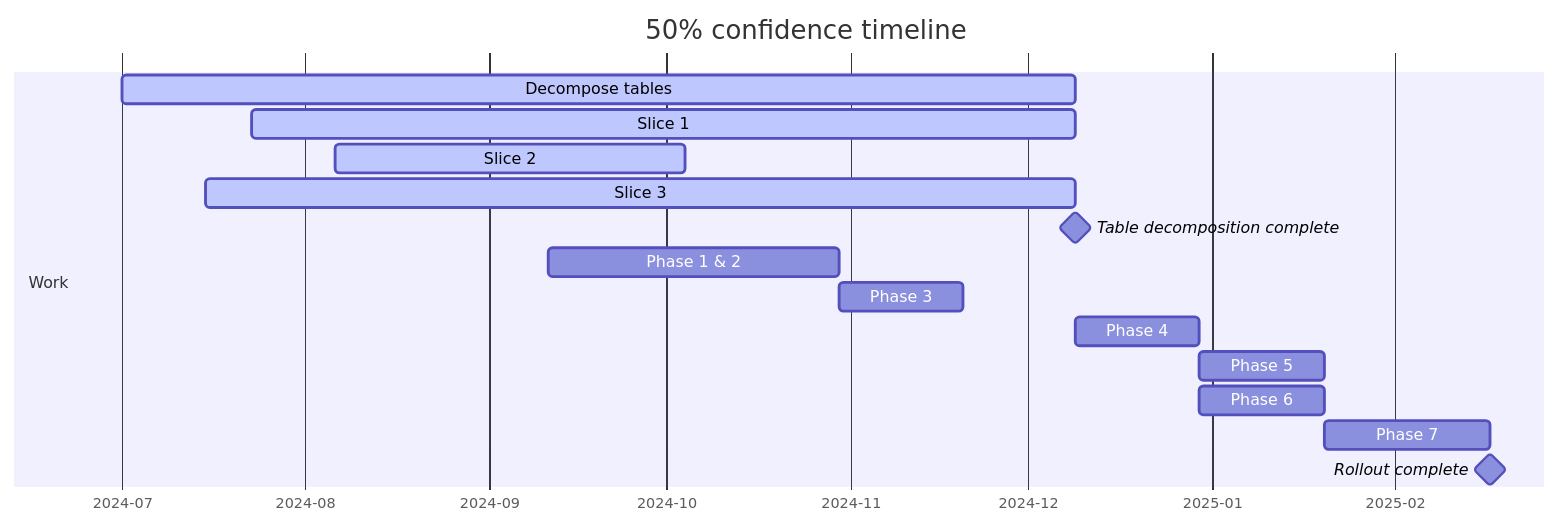
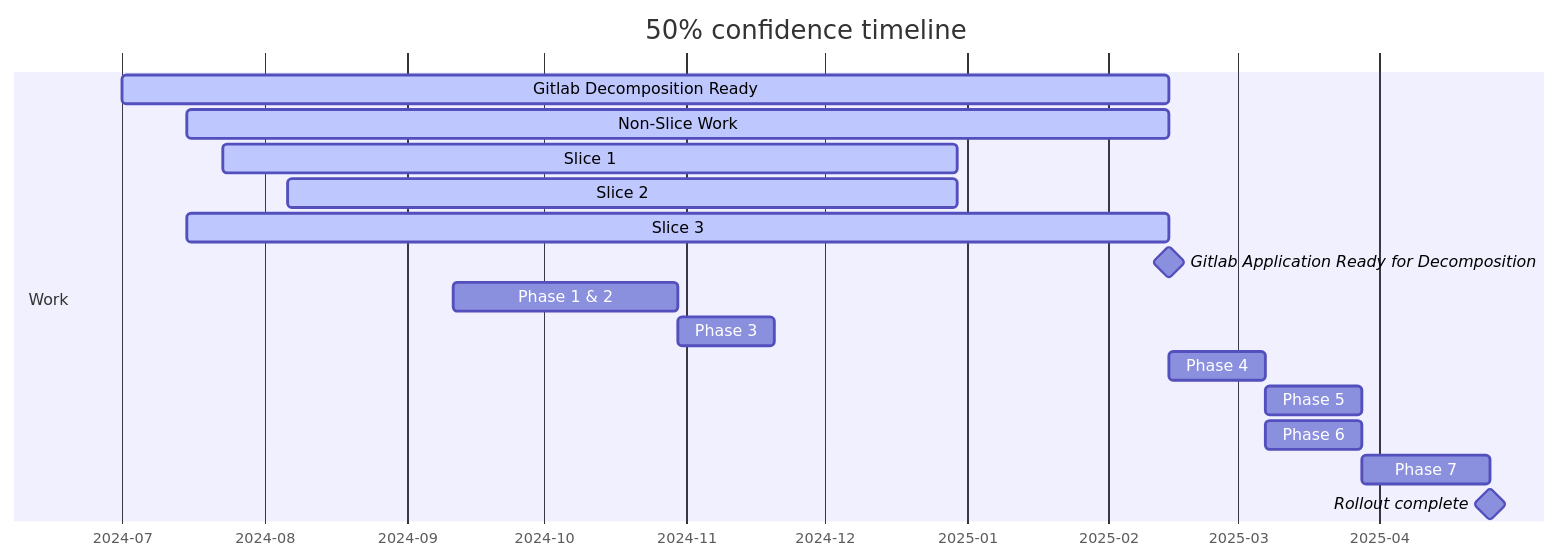
Before and after one commit to zalyoung/gitlab-handbook: the diagram in content/handbook/company/working-groups/secure-govern-database-decomposition/_index.md, drawn with Mermaid. The commit also changed other lines of this file, not shown here.

````diff
--- a/content/handbook/company/working-groups/secure-govern-database-decomposition/_index.md
+++ b/content/handbook/company/working-groups/secure-govern-database-decomposition/_index.md
@@ -99,20 +99,21 @@
 ```mermaid
 gantt
 dateFormat YYYY-MM-DD
 title 50% confidence timeline
 
 section Work
-Decompose tables :active , decompose, 2024-07-01, 2024-12-09
-Slice 1 :active, slice1, 2024-07-23, 2024-12-09
-Slice 2 :active, slice2, 2024-08-06, 2024-10-04
-Slice 3 :active, slice3, 2024-07-15, 2024-12-09
-Table decomposition complete :milestone, allslices, after slice1 slice2 slice3, 0d
+Gitlab Decomposition Ready :active , decompose, 2024-07-01, 2025-02-14
+Non-Slice Work :active, nonslicework, 2024-07-15, 2025-02-14
+Slice 1 :active, slice1, 2024-07-23, 2024-12-30
+Slice 2 :active, slice2, 2024-08-06, 2024-12-30
+Slice 3 :active, slice3, 2024-07-15, 2025-02-14
+Gitlab Application Ready for Decomposition :milestone, allslices, after slice1 slice2 slice3 nonslicework, 0d
 Phase 1 & 2 : phase12, 2024-09-11, 7w
 Phase 3 : phase3, after phase12, 3w
 Phase 4 : phase4, after allslices phase3 decompose, 3w
 Phase 5 : phase5, after phase4, 3w
 Phase 6 : phase6, after phase4, 3w
 Phase 7 : phase7, after phase6, 4w
 Rollout complete :milestone, rollout, after phase7, 0d
 axisFormat  %Y-%m
 ```
````
